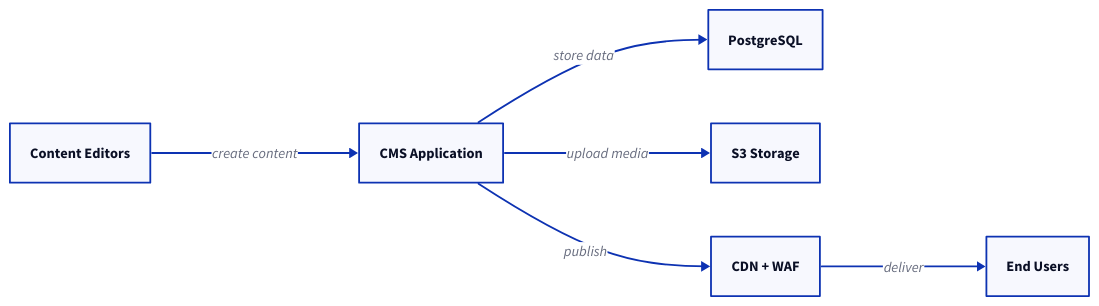
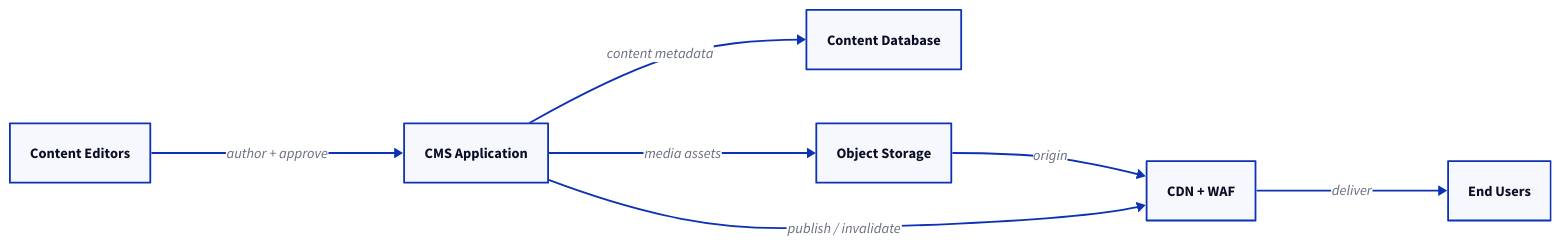
The diagram in reference-architectures/content-management.md (wagov-dtt/architecture-decision-records), drawn with D2 before and after one commit. The commit also changed other lines of this file and 11 other files, not shown here.

````diff
--- a/reference-architectures/content-management.md
+++ b/reference-architectures/content-management.md
@@ -19,16 +25,17 @@
 ```d2
 direction: right
 
 editors: Content Editors
 cms: CMS Application
-db: PostgreSQL
-storage: S3 Storage
+db: Content Database
+media: Object Storage
 cdn: CDN + WAF
 users: End Users
 
-editors -> cms: create content
-cms -> db: store data
-cms -> storage: upload media
-cms -> cdn: publish
+editors -> cms: author + approve
+cms -> db: content metadata
+cms -> media: media assets
+media -> cdn: origin
+cms -> cdn: publish / invalidate
 cdn -> users: deliver
 ```
````
